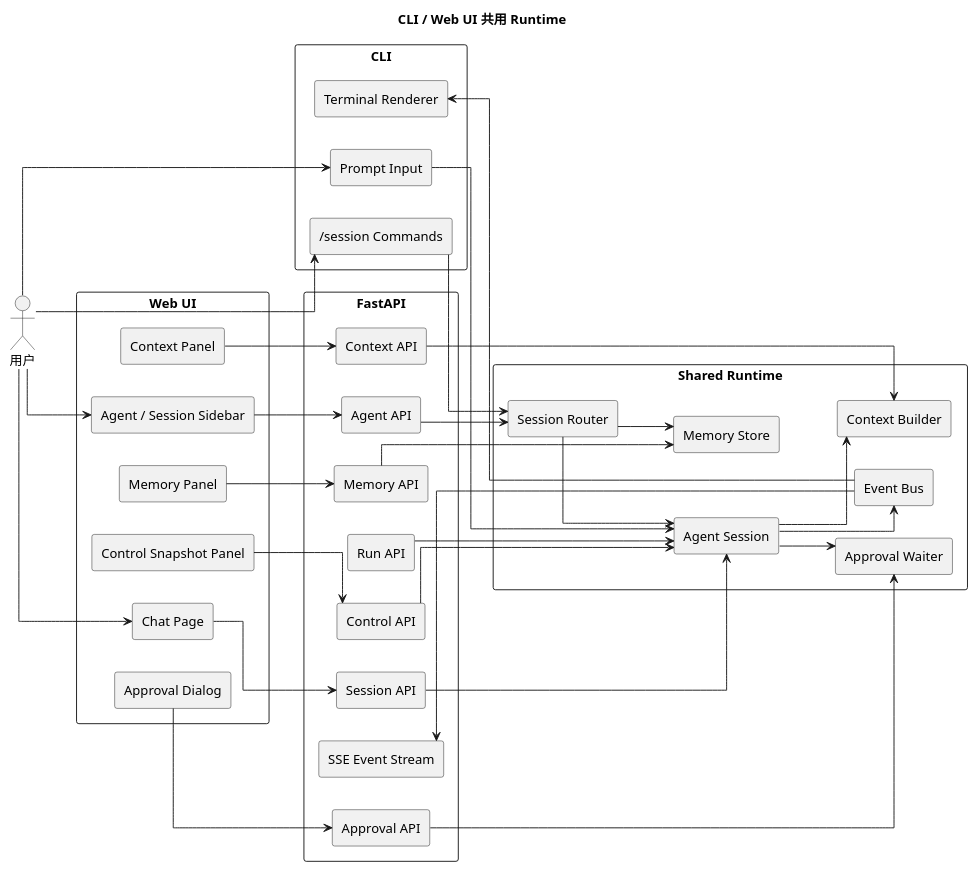
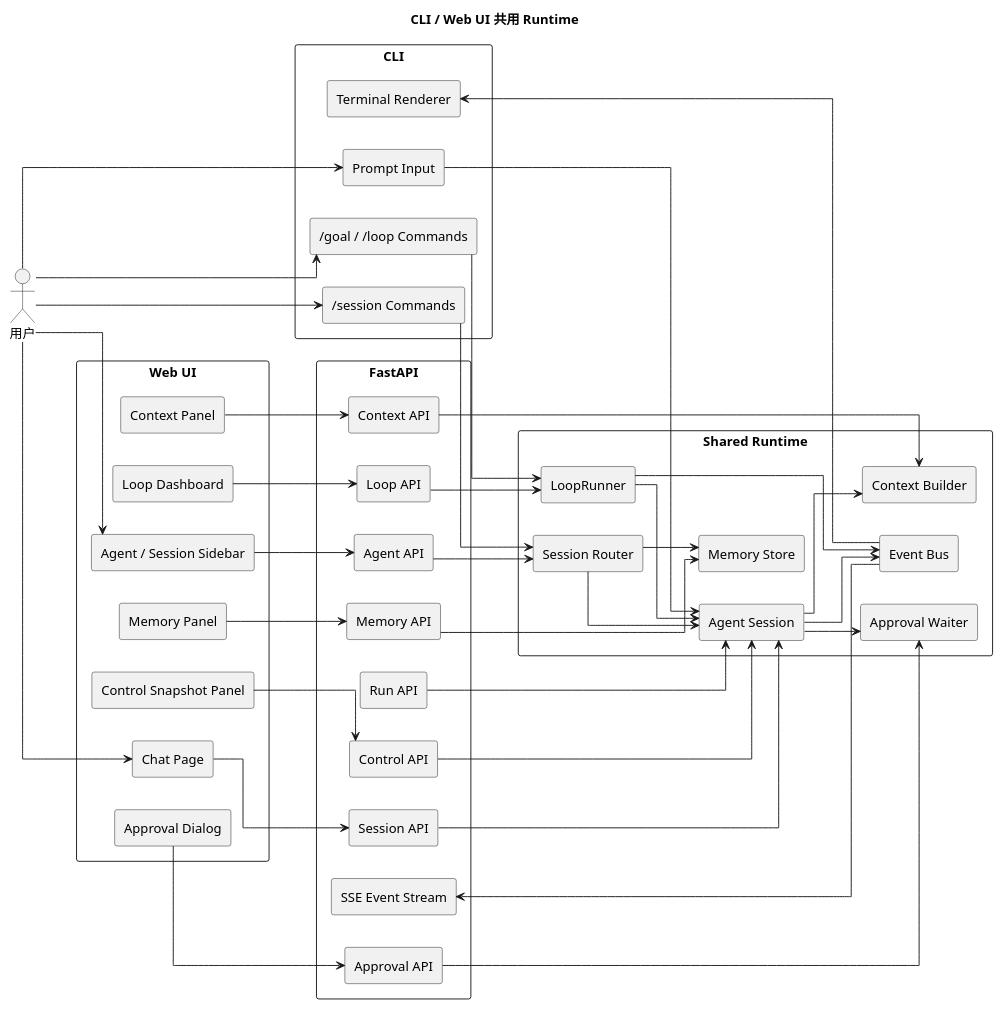
Before and after one commit to Amaz1ngJR/AgentLab: diagram 19 of 19 in docs/technical_architecture.md, drawn with PlantUML. The commit also changed other lines of this file and 14 other files, not shown here.

First line of the commit message:
feat: 实现 Loop Engineering 模式核心组件(GoalSpec + Verifier + LoopRunner + Worktree)

````diff
--- a/docs/technical_architecture.md
+++ b/docs/technical_architecture.md
@@ -1964,12 +2454,14 @@
 rectangle "CLI" as Cli {
   [Prompt Input] as Prompt
   [/session Commands] as SessionCmd
+  [/goal / /loop Commands] as LoopCmd
   [Terminal Renderer] as Term
 }
 
 rectangle "Web UI" as Web {
   [Agent / Session Sidebar] as Sidebar
   [Chat Page] as ChatPage
+  [Loop Dashboard] as LoopDashboard
   [Memory Panel] as MemoryPanel
   [Context Panel] as ContextPanel
   [Approval Dialog] as ApprovalDialog
@@ -1980,6 +2472,7 @@
   [Agent API] as AgentApi
   [Session API] as SessionApi
   [Run API] as RunApi
+  [Loop API] as LoopApi
   [Memory API] as MemoryApi
   [Context API] as ContextApi
   [SSE Event Stream] as Sse
@@ -1990,6 +2483,7 @@
 rectangle "Shared Runtime" as Runtime {
   [Agent Session] as AgentSession
   [Session Router] as SessionRouter
+  [LoopRunner] as LoopRunner
   [Context Builder] as ContextBuilder
   [Memory Store] as MemoryStore
   [Event Bus] as EventBus
@@ -1998,16 +2492,20 @@
 
 User --> Prompt
 User --> SessionCmd
+User --> LoopCmd
 User --> Sidebar
 User --> ChatPage
 Prompt --> AgentSession
 SessionCmd --> SessionRouter
+LoopCmd --> LoopRunner
 Term <-- EventBus
 Sidebar --> AgentApi
 ChatPage --> SessionApi
+LoopDashboard --> LoopApi
 MemoryPanel --> MemoryApi
 ContextPanel --> ContextApi
 RunApi --> AgentSession
+LoopApi --> LoopRunner
 Sse <-- EventBus
 ApprovalDialog --> ApprovalApi
 SnapshotPanel --> ControlApi
@@ -2022,5 +2520,7 @@
 AgentSession --> EventBus
 AgentSession --> ContextBuilder
 AgentSession --> ApprovalWaiter
+LoopRunner --> AgentSession
+LoopRunner --> EventBus
 @enduml
 ```
````
